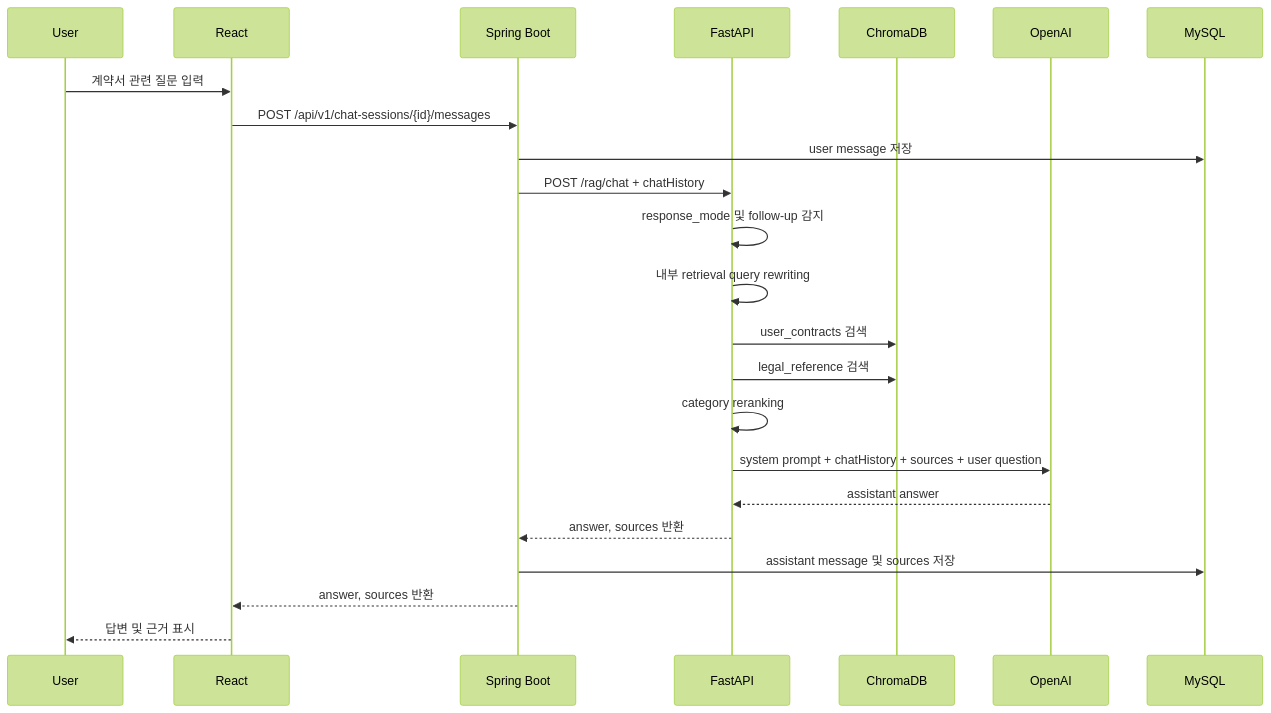
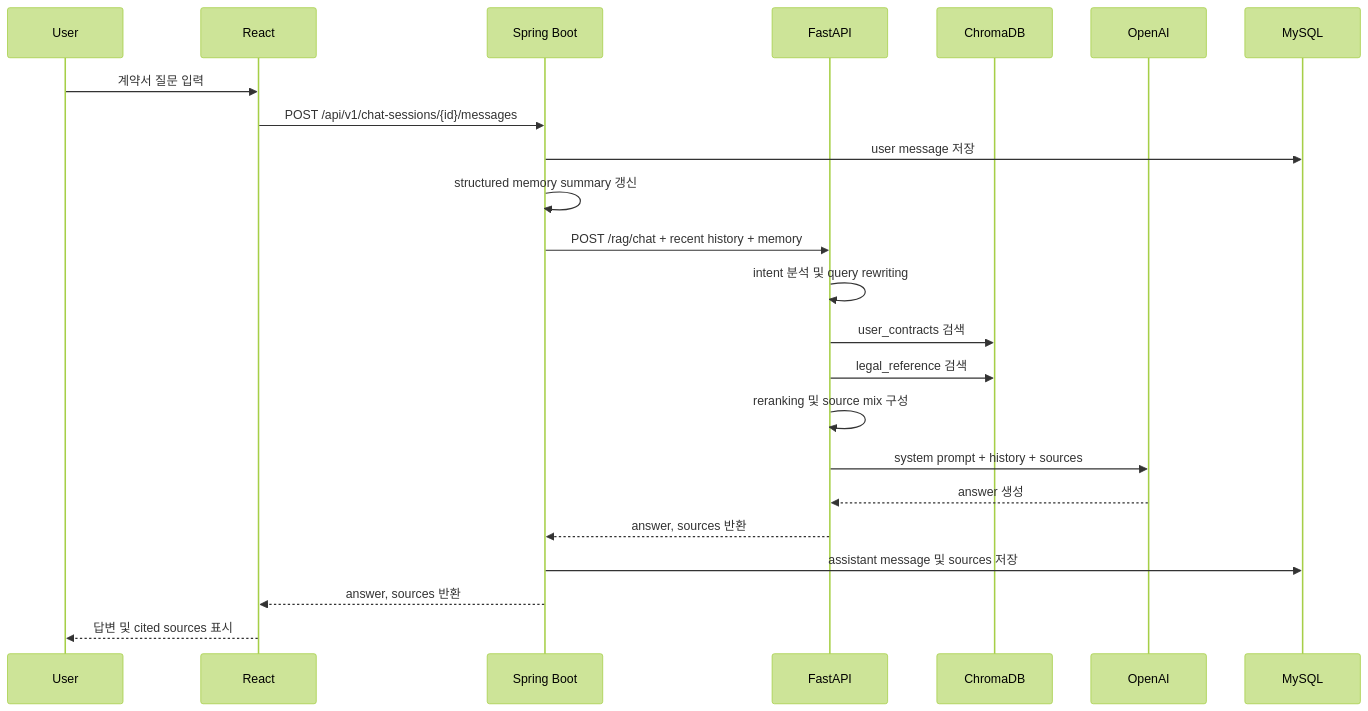
Before and after one commit to bladerunner3201/leaseguard-ai: the third of 7 diagrams in README.md, drawn with Mermaid (forest theme). The commit also changed other lines of this file and 4 other files, not shown here.

````diff
--- a/README.md
+++ b/README.md
@@ -154,26 +149,26 @@
 ```mermaid
 sequenceDiagram
     participant U as User
     participant R as React
     participant S as Spring Boot
     participant F as FastAPI
     participant C as ChromaDB
     participant O as OpenAI
     participant M as MySQL
 
-    U->>R: 계약서 관련 질문 입력
+    U->>R: 계약서 질문 입력
     R->>S: POST /api/v1/chat-sessions/{id}/messages
     S->>M: user message 저장
-    S->>F: POST /rag/chat + chatHistory
-    F->>F: response_mode 및 follow-up 감지
-    F->>F: 내부 retrieval query rewriting
+    S->>S: structured memory summary 갱신
+    S->>F: POST /rag/chat + recent history + memory
+    F->>F: intent 분석 및 query rewriting
     F->>C: user_contracts 검색
     F->>C: legal_reference 검색
-    F->>F: category reranking
-    F->>O: system prompt + chatHistory + sources + user question
-    O-->>F: assistant answer
+    F->>F: reranking 및 source mix 구성
+    F->>O: system prompt + history + sources
+    O-->>F: answer 생성
     F-->>S: answer, sources 반환
     S->>M: assistant message 및 sources 저장
     S-->>R: answer, sources 반환
-    R-->>U: 답변 및 근거 표시
+    R-->>U: 답변 및 cited sources 표시
 ```
````
